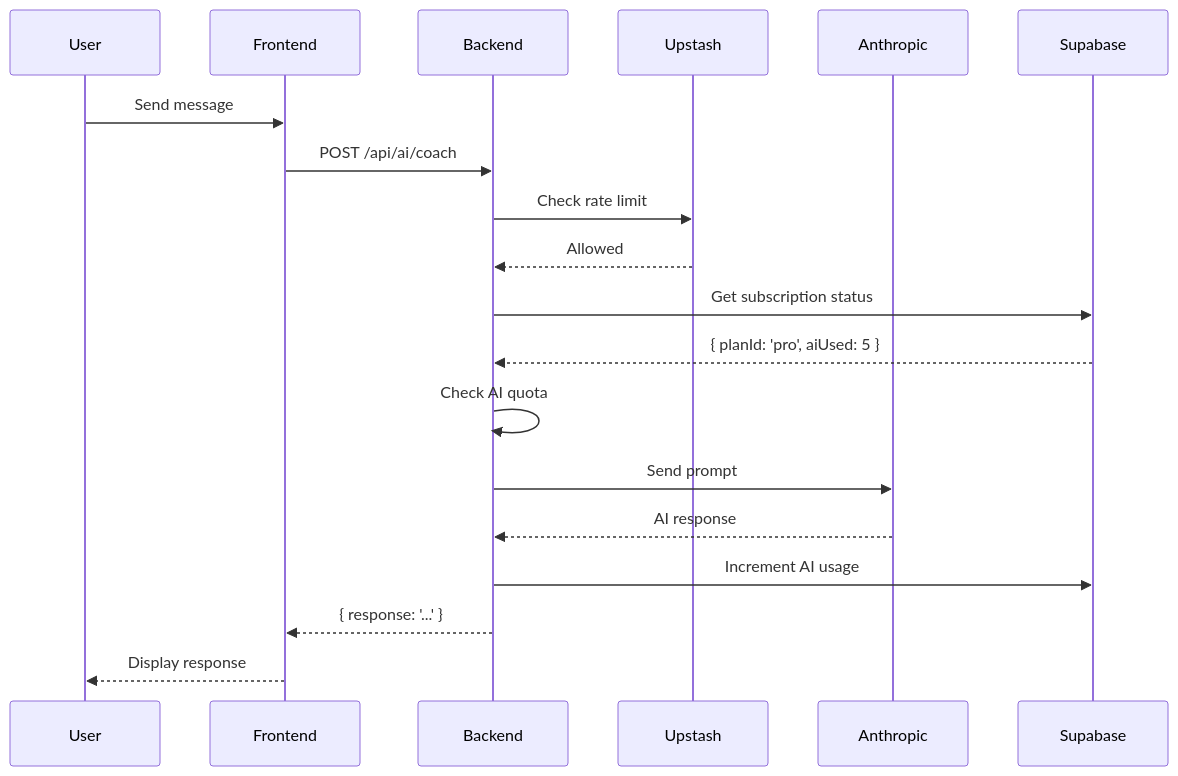
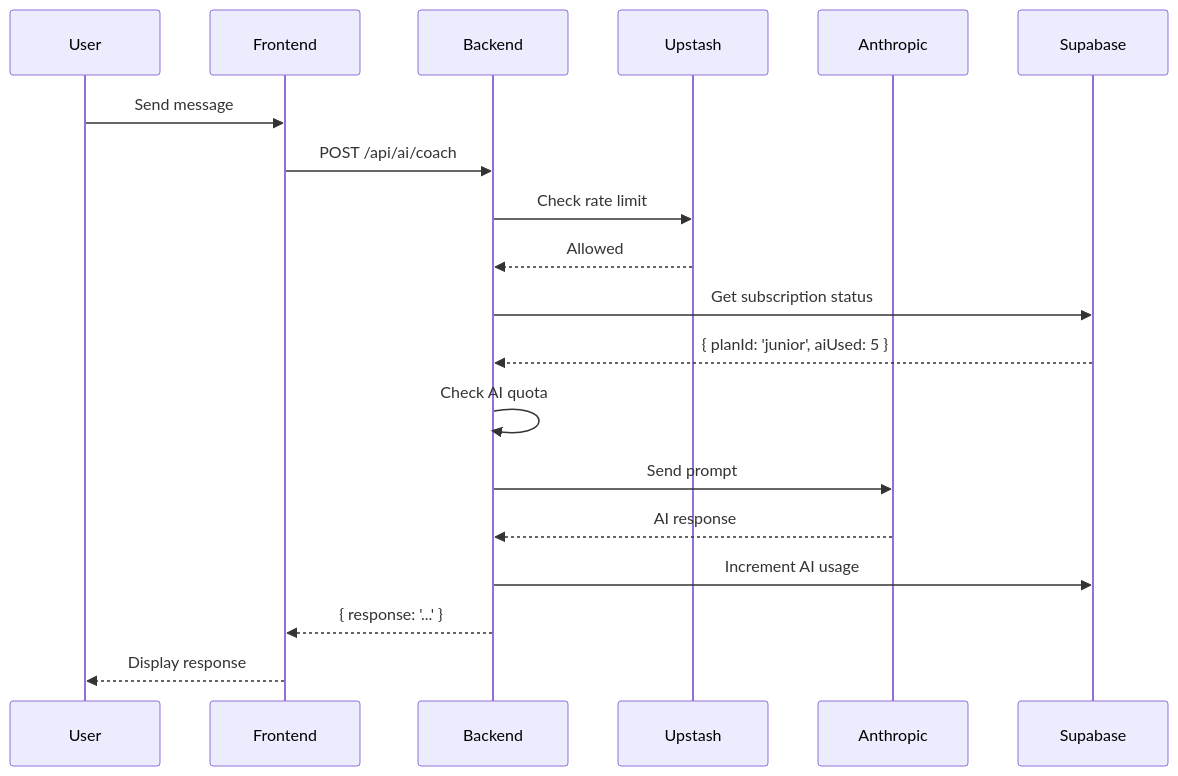
One commit to libyaelectric-ctrl/englishengineer changed the second of 5 diagrams in docs/architecture/DATA_FLOW.md. Above: the diagram before and after it, drawn with Mermaid. The commit also changed 34 other files, not shown here.

````diff
--- a/docs/architecture/DATA_FLOW.md
+++ b/docs/architecture/DATA_FLOW.md
@@ -33,22 +33,22 @@
 ```mermaid
 sequenceDiagram
     participant U as User
     participant F as Frontend
     participant B as Backend
     participant R as Upstash
     participant A as Anthropic
     participant S as Supabase
 
     U->>F: Send message
     F->>B: POST /api/ai/coach
     B->>R: Check rate limit
     R-->>B: Allowed
     B->>S: Get subscription status
-    S-->>B: { planId: 'pro', aiUsed: 5 }
+    S-->>B: { planId: 'junior', aiUsed: 5 }
     B->>B: Check AI quota
     B->>A: Send prompt
     A-->>B: AI response
     B->>S: Increment AI usage
     B-->>F: { response: '...' }
     F-->>U: Display response
 ```
````
